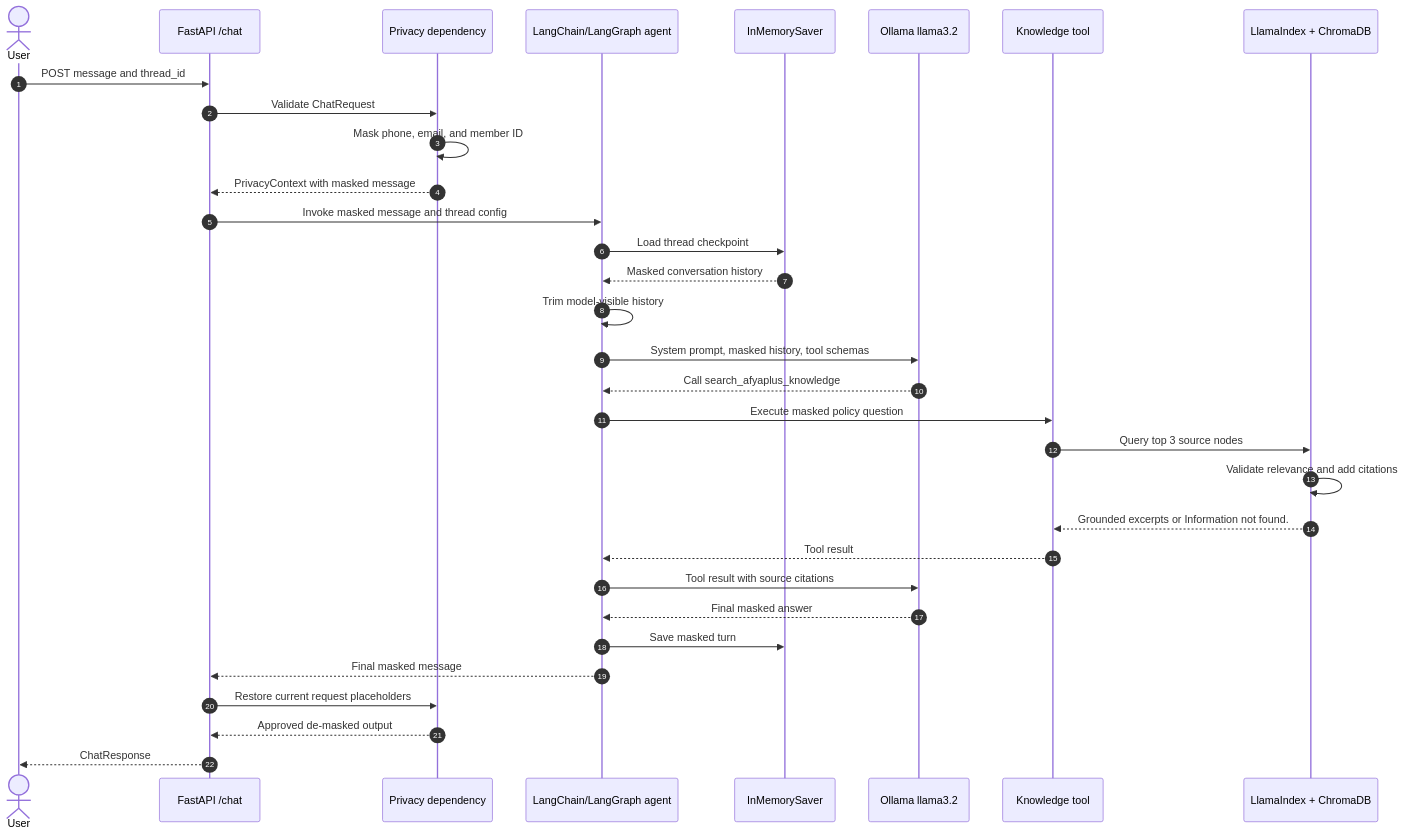
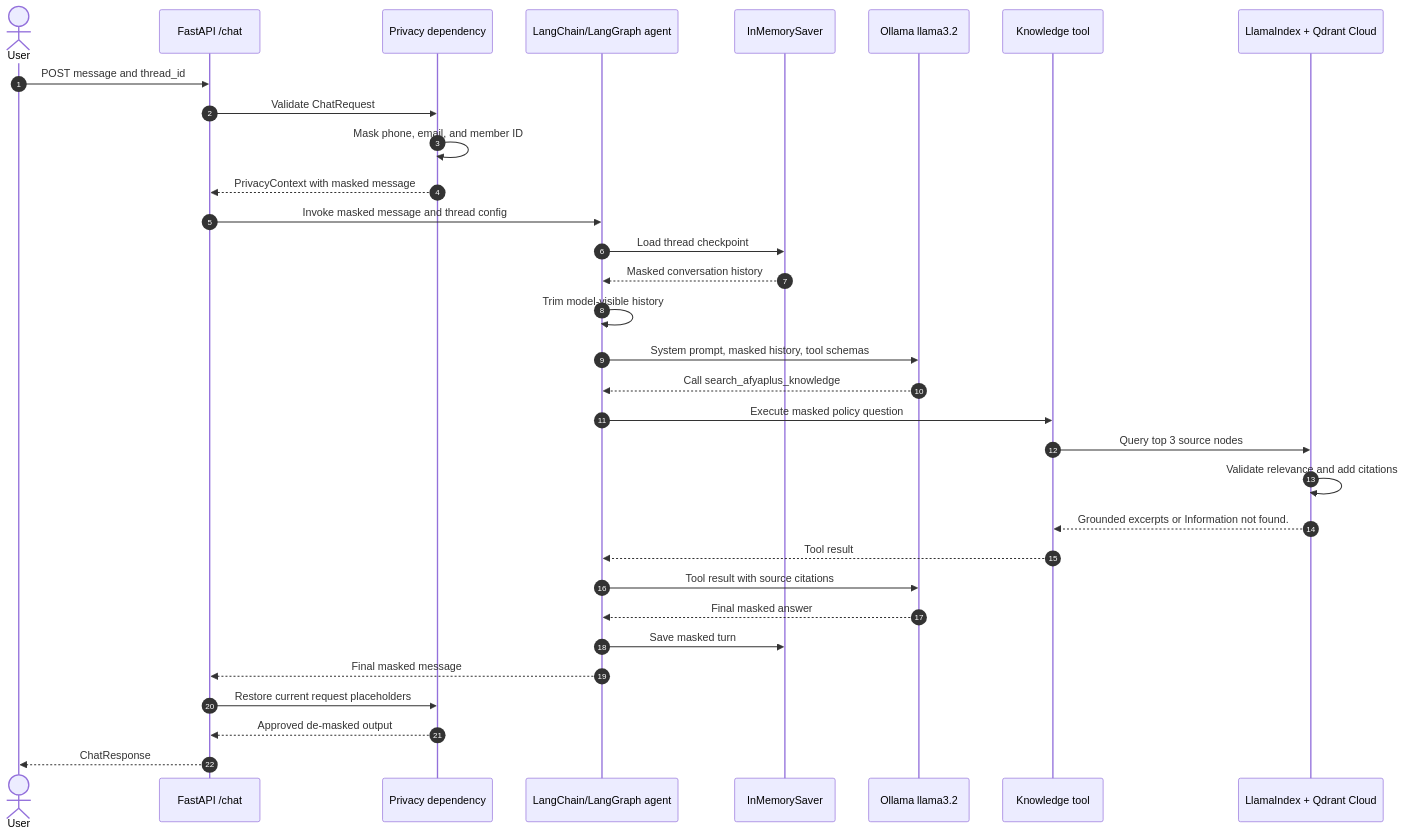
Before and after one commit to pmutua/afyaplus: the first of 3 diagrams in docs/sequence-diagram.md, drawn with Mermaid. The commit also changed other lines of this file and 21 other files, not shown here.

First line of the commit message:
feat(rag): move retrieval to Qdrant Cloud Inference

````diff
--- a/docs/sequence-diagram.md
+++ b/docs/sequence-diagram.md
@@ -5,35 +5,35 @@
 ```mermaid
 sequenceDiagram
     autonumber
     actor User
     participant API as FastAPI /chat
     participant Privacy as Privacy dependency
     participant Agent as LangChain/LangGraph agent
     participant Memory as InMemorySaver
     participant Model as Ollama llama3.2
     participant Tool as Knowledge tool
-    participant RAG as LlamaIndex + ChromaDB
+    participant RAG as LlamaIndex + Qdrant Cloud
 
     User->>API: POST message and thread_id
     API->>Privacy: Validate ChatRequest
     Privacy->>Privacy: Mask phone, email, and member ID
     Privacy-->>API: PrivacyContext with masked message
     API->>Agent: Invoke masked message and thread config
     Agent->>Memory: Load thread checkpoint
     Memory-->>Agent: Masked conversation history
     Agent->>Agent: Trim model-visible history
     Agent->>Model: System prompt, masked history, tool schemas
     Model-->>Agent: Call search_afyaplus_knowledge
     Agent->>Tool: Execute masked policy question
     Tool->>RAG: Query top 3 source nodes
     RAG->>RAG: Validate relevance and add citations
     RAG-->>Tool: Grounded excerpts or Information not found.
     Tool-->>Agent: Tool result
     Agent->>Model: Tool result with source citations
     Model-->>Agent: Final masked answer
     Agent->>Memory: Save masked turn
     Agent-->>API: Final masked message
     API->>Privacy: Restore current request placeholders
     Privacy-->>API: Approved de-masked output
     API-->>User: ChatResponse
 ```
````
